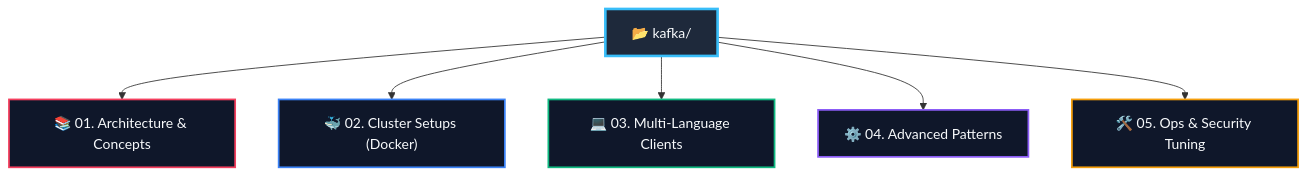
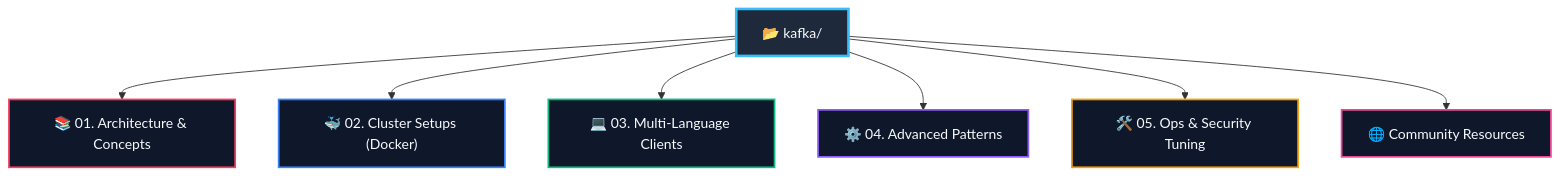
One commit to nbajpai-code/kafka changed the diagram in README.md. Above: the diagram before and after it, drawn with Mermaid. The commit also changed other lines of this file and 1 other file, not shown here.

Commit message:
Add curated community resources for learning Apache Kafka

````diff
--- a/README.md
+++ b/README.md
@@ -11,15 +11,17 @@
 ```mermaid
 graph TD
     A["📂 kafka/"] --> B["📚 01. Architecture & Concepts"]
     A --> C["🐳 02. Cluster Setups (Docker)"]
     A --> D["💻 03. Multi-Language Clients"]
     A --> E["⚙️ 04. Advanced Patterns"]
     A --> F["🛠️ 05. Ops & Security Tuning"]
+    A --> G["🌐 Community Resources"]
 
     style A fill:#1E293B,stroke:#38BDF8,stroke-width:3px,color:#F8FAFC
     style B fill:#0F172A,stroke:#F43F5E,stroke-width:2px,color:#F8FAFC
     style C fill:#0F172A,stroke:#3B82F6,stroke-width:2px,color:#F8FAFC
     style D fill:#0F172A,stroke:#10B981,stroke-width:2px,color:#F8FAFC
     style E fill:#0F172A,stroke:#8B5CF6,stroke-width:2px,color:#F8FAFC
     style F fill:#0F172A,stroke:#F59E0B,stroke-width:2px,color:#F8FAFC
+    style G fill:#0F172A,stroke:#EC4899,stroke-width:2px,color:#F8FAFC
 ```
````
